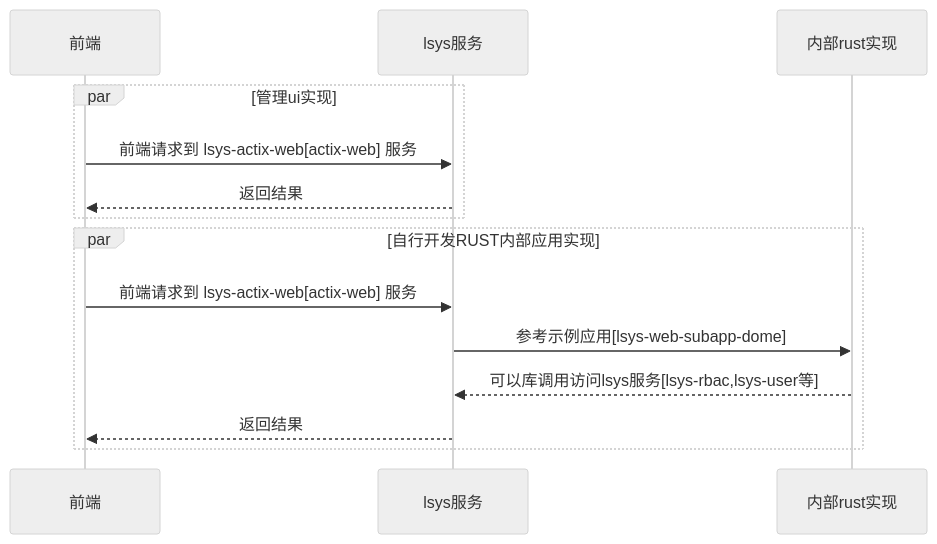
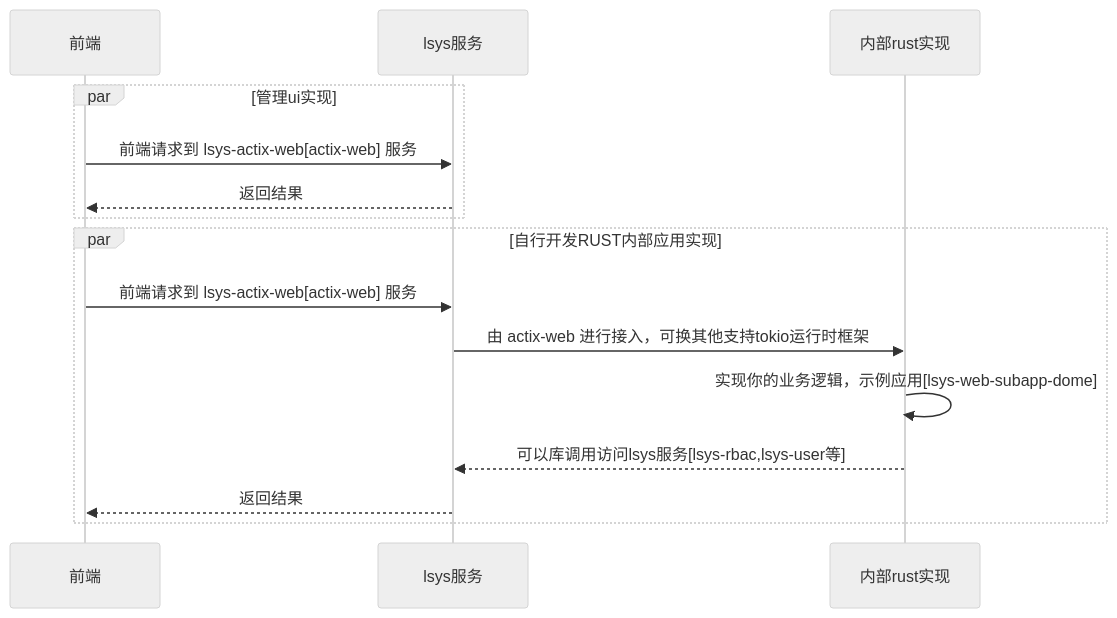
Before and after one commit to shanliu/lsys: the first of 2 diagrams in README.MD, drawn with Mermaid (neutral theme). The commit also changed 1 other file, not shown here.

````diff
--- a/README.MD
+++ b/README.MD
@@ -59,13 +59,14 @@
 ```mermaid
 sequenceDiagram
     par 管理ui实现
     前端->>lsys服务: 前端请求到 lsys-actix-web[actix-web] 服务
     lsys服务-->>前端: 返回结果
     end
     par 自行开发RUST内部应用实现
     前端->>lsys服务: 前端请求到 lsys-actix-web[actix-web] 服务
-    lsys服务->>内部rust实现: 参考示例应用[lsys-web-subapp-dome]
+    lsys服务->>内部rust实现: 由 actix-web 进行接入，可换其他支持tokio运行时框架
+    内部rust实现->>内部rust实现: 实现你的业务逻辑，示例应用[lsys-web-subapp-dome]
     内部rust实现-->>lsys服务: 可以库调用访问lsys服务[lsys-rbac,lsys-user等]
     lsys服务-->>前端: 返回结果
     end
 ```
````
